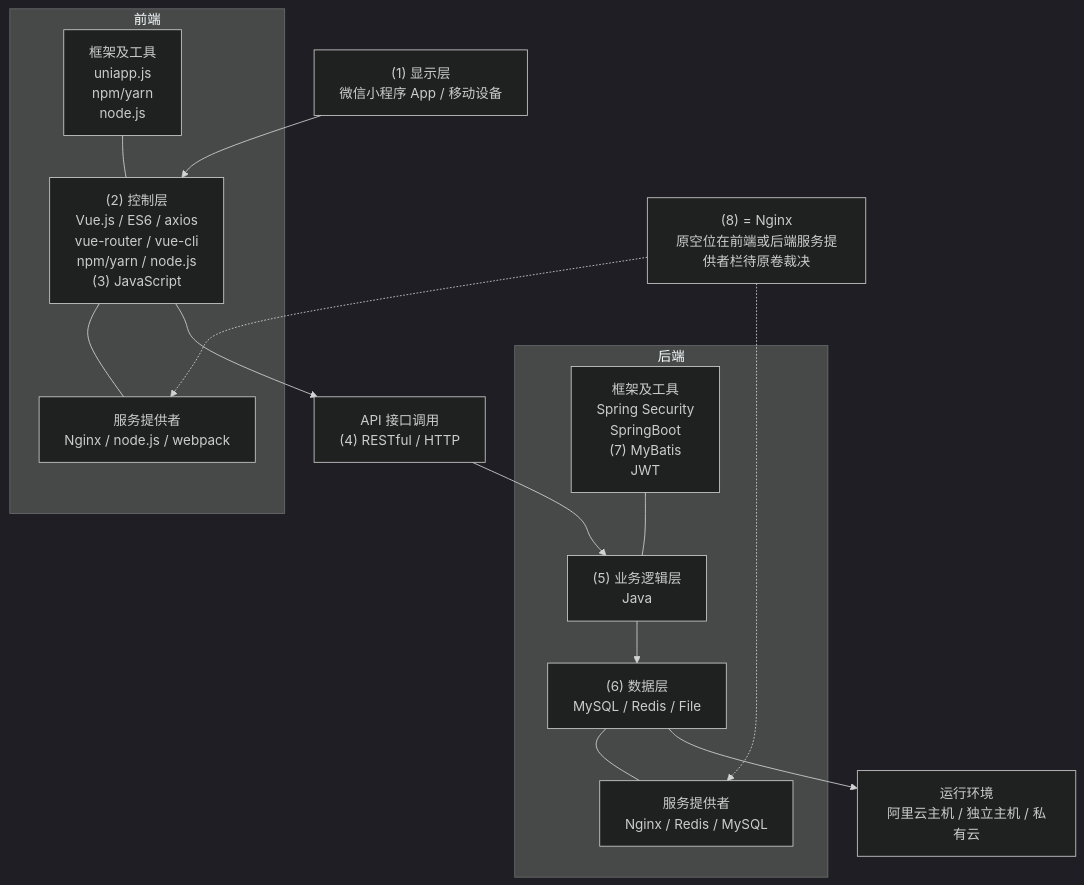
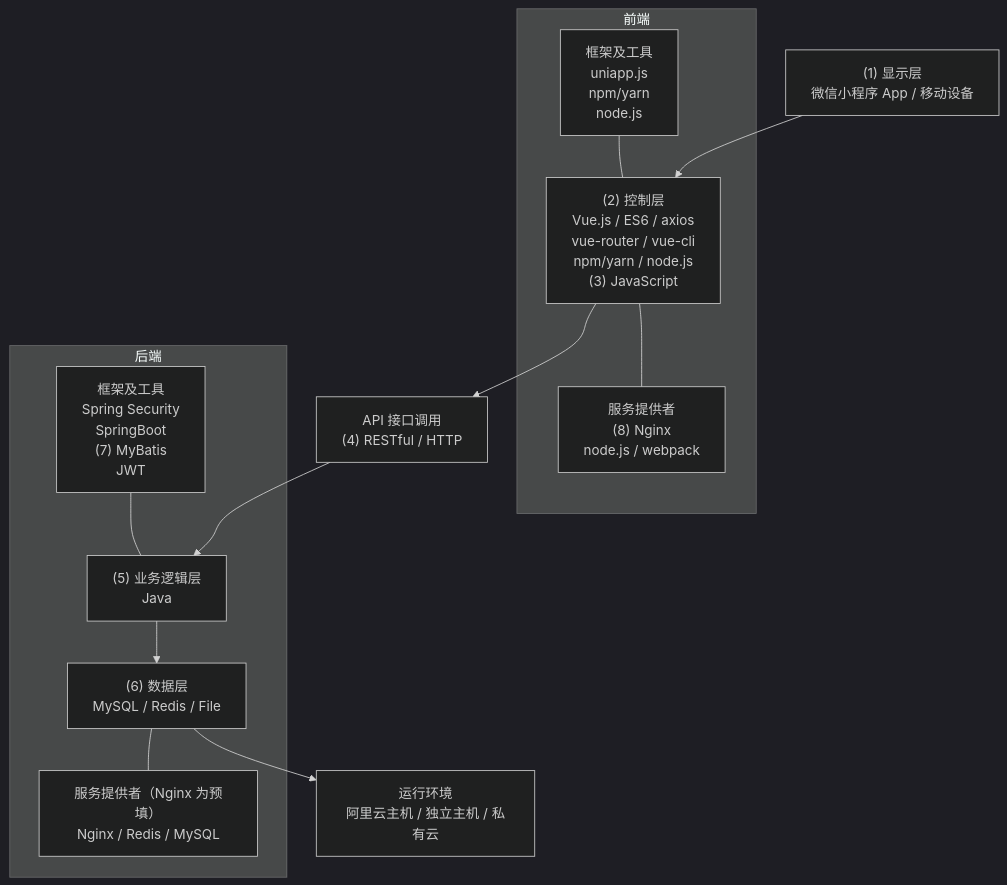
The fifth of 6 diagrams in 02.历年真题-清洗版/2024年下半年-系统架构设计师-案例分析.md (YoungHong1992/ruankao-senior-architecture-designer), drawn with Mermaid (dark theme) before and after one commit. The commit also changed other lines of this file and 14 other files, not shown here.

Commit message:
fix: restore source-backed diagrams and exam variants

````diff
--- a/02.历年真题-清洗版/2024年下半年-系统架构设计师-案例分析.md
+++ b/02.历年真题-清洗版/2024年下半年-系统架构设计师-案例分析.md
@@ -300,32 +338,29 @@
 ```mermaid
 flowchart TB
     DISPLAY["(1) 显示层<br/>微信小程序 App / 移动设备"]
 
     subgraph FRONT["前端"]
         FTOOLS["框架及工具<br/>uniapp.js<br/>npm/yarn<br/>node.js"]
         CONTROL["(2) 控制层<br/>Vue.js / ES6 / axios<br/>vue-router / vue-cli<br/>npm/yarn / node.js<br/>(3) JavaScript"]
-        FPROVIDER["服务提供者<br/>Nginx / node.js / webpack"]
+        FPROVIDER["服务提供者<br/>(8) Nginx<br/>node.js / webpack"]
         FTOOLS --- CONTROL
         CONTROL --- FPROVIDER
     end
 
     API["API 接口调用<br/>(4) RESTful / HTTP"]
 
     subgraph BACK["后端"]
         BTOOLS["框架及工具<br/>Spring Security<br/>SpringBoot<br/>(7) MyBatis<br/>JWT"]
         LOGIC["(5) 业务逻辑层<br/>Java"]
         DATA["(6) 数据层<br/>MySQL / Redis / File"]
-        BPROVIDER["服务提供者<br/>Nginx / Redis / MySQL"]
+        BPROVIDER["服务提供者（Nginx 为预填）<br/>Nginx / Redis / MySQL"]
         BTOOLS --- LOGIC
         LOGIC --> DATA
         DATA --- BPROVIDER
     end
 
     ENV["运行环境<br/>阿里云主机 / 独立主机 / 私有云"]
-    N8["(8) = Nginx<br/>原空位在前端或后端服务提供者栏待原卷裁决"]
 
     DISPLAY --> CONTROL --> API --> LOGIC
     DATA --> ENV
-    N8 -.-> FPROVIDER
-    N8 -.-> BPROVIDER
 ```
````
